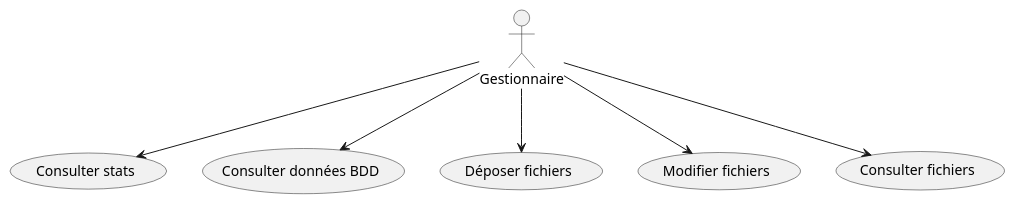
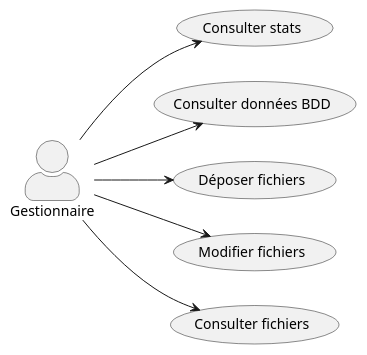
One commit to Nenuphare/Kot-Line-Intranet changed the diagram in Analyse.adoc. Above: the diagram before and after it, drawn with PlantUML.

Commit message:
modif use case

```diff
--- a/Analyse.adoc
+++ b/Analyse.adoc
@@ -32,14 +32,16 @@
 [plantuml]
 ----
 @startuml
 
+left to right direction
+skinparam actorStyle awesome
 :Gestionnaire: as MyG
 MyG --> (Consulter stats)
 MyG --> (Consulter données BDD)
 MyG --> (Déposer fichiers)
 MyG --> (Modifier fichiers)
 MyG -->(Consulter fichiers)
 
 
 @enduml
 ----
```
